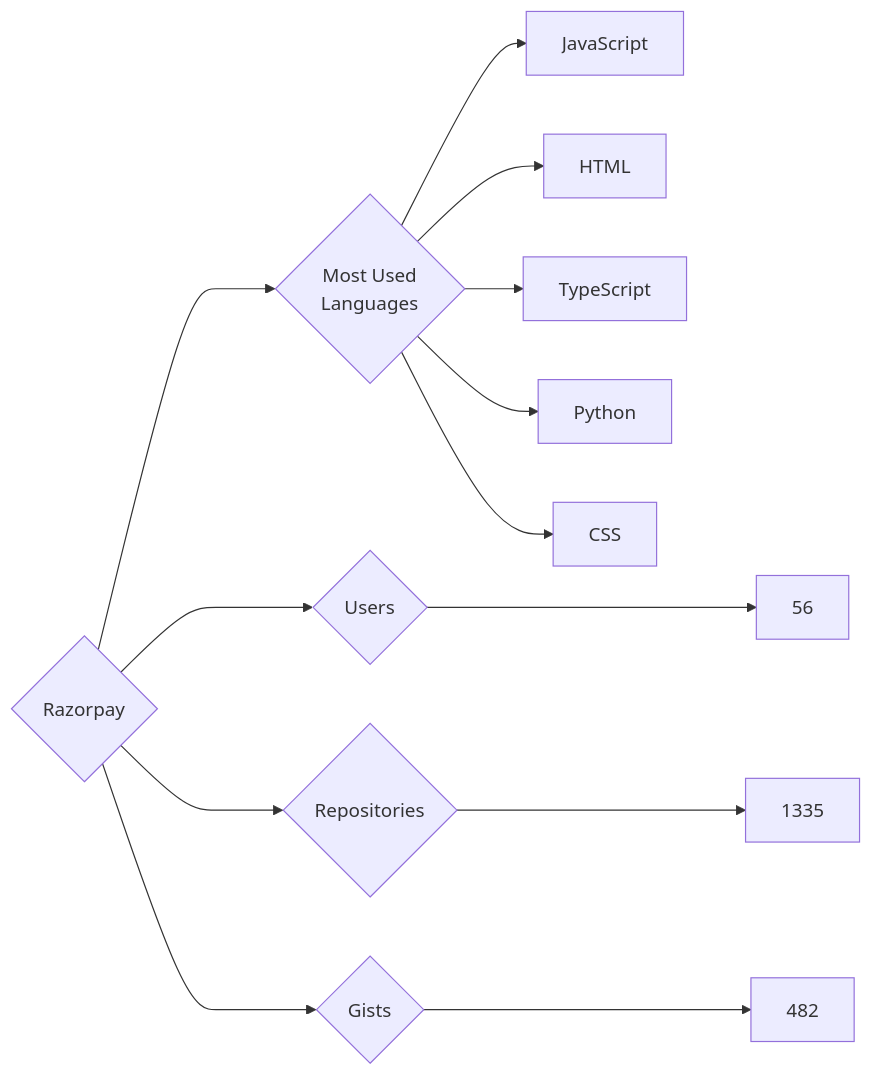
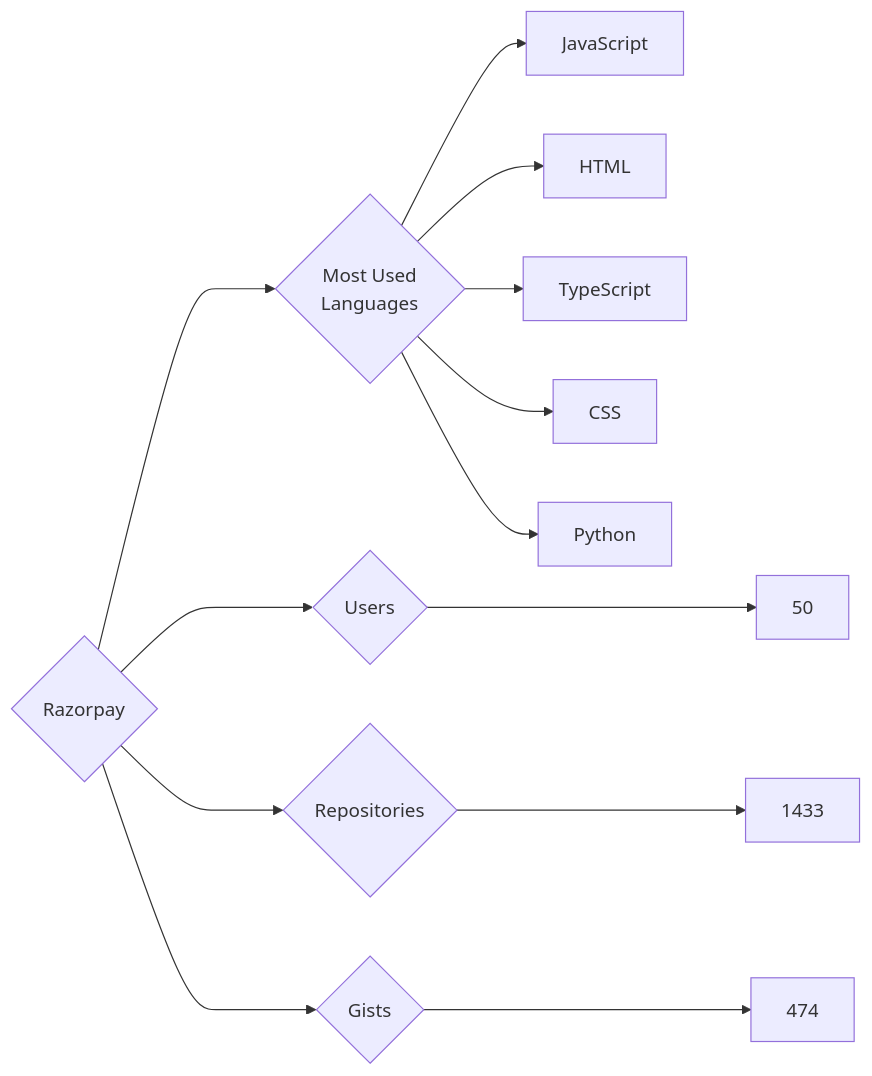
Before and after one commit to trickest/insiders: the diagram in targets/Razorpay/README.md, drawn with Mermaid. The commit also changed 1479 other files, not shown here.

````diff
--- a/targets/Razorpay/README.md
+++ b/targets/Razorpay/README.md
@@ -3,13 +3,13 @@
 ```mermaid
 graph LR
 COMPANY_NAME{Razorpay}
-COMPANY_NAME ---> U{Users} ---> UN[56]
-COMPANY_NAME ---> R{Repositories} ---> RN[1335]
-COMPANY_NAME ---> G{Gists} ---> GN[482]
+COMPANY_NAME ---> U{Users} ---> UN[50]
+COMPANY_NAME ---> R{Repositories} ---> RN[1433]
+COMPANY_NAME ---> G{Gists} ---> GN[474]
 COMPANY_NAME ---> ML{Most Used<br>Languages}
 ML --> JavaScript[JavaScript]
 ML --> HTML[HTML]
 ML --> TypeScript[TypeScript]
+ML --> CSS[CSS]
 ML --> Python[Python]
-ML --> CSS[CSS]
 ```
````
